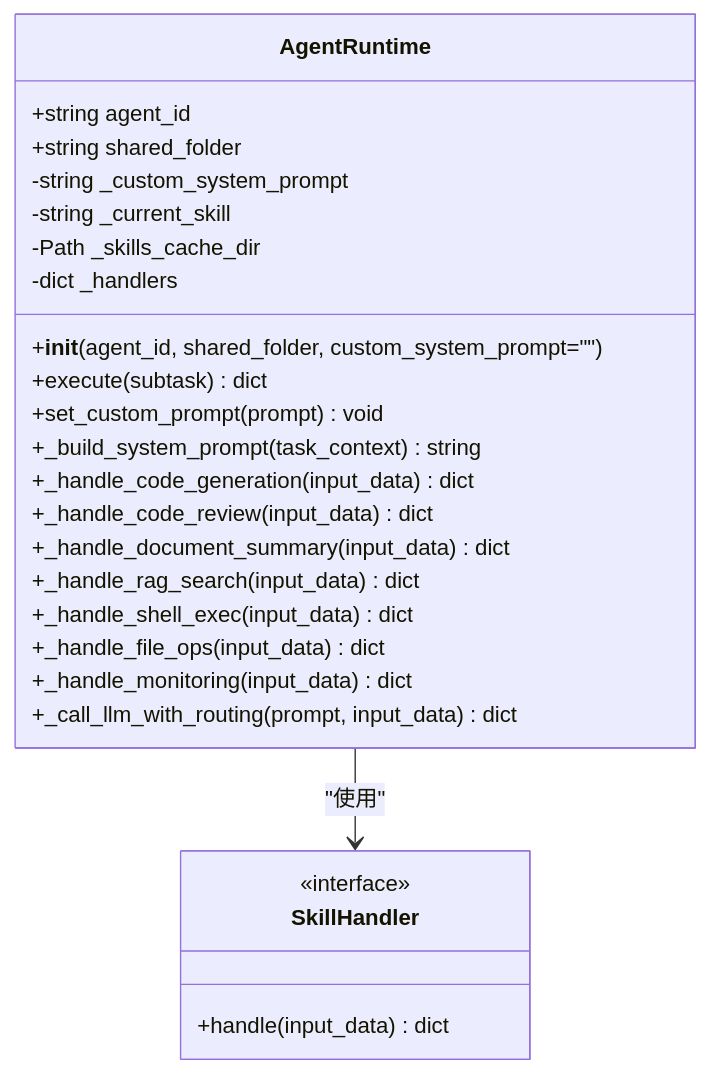
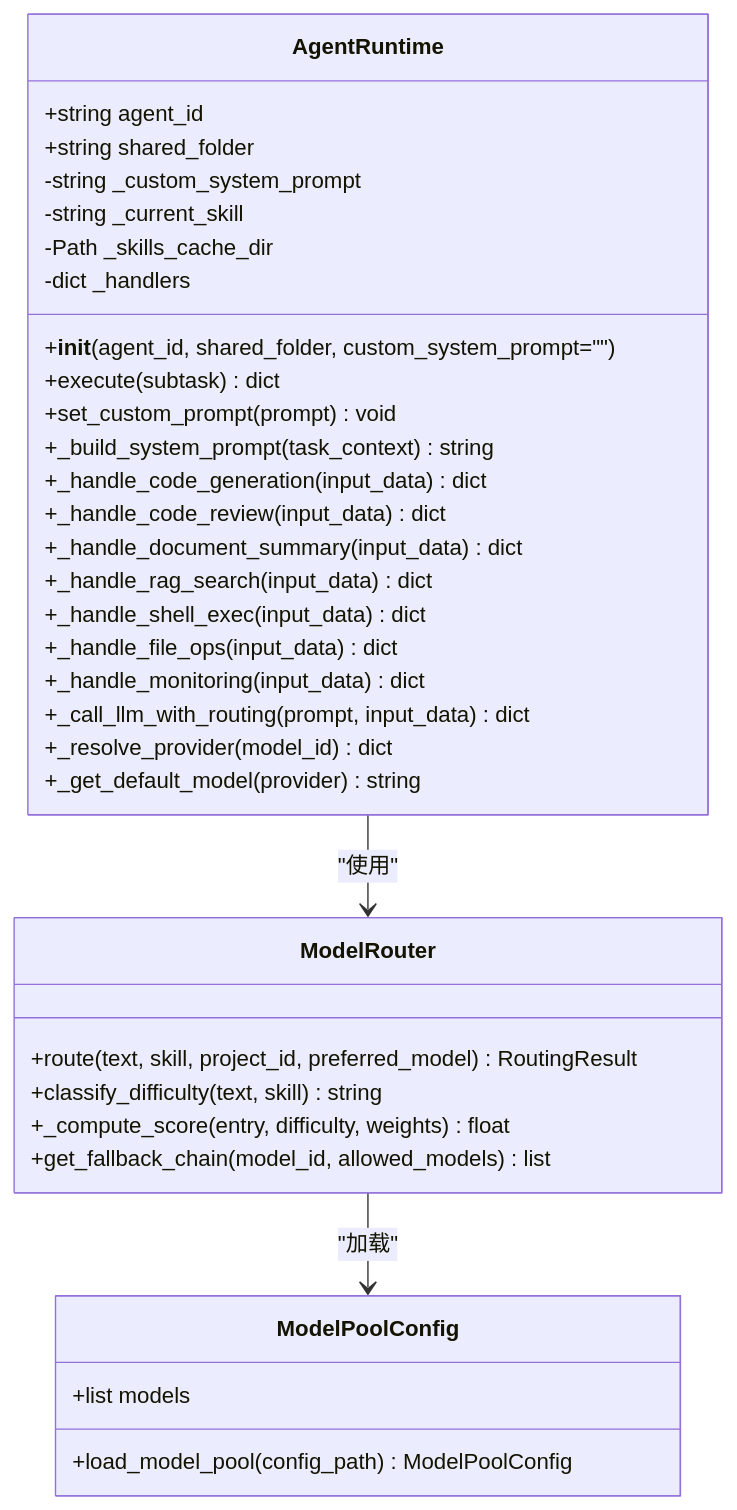
Before and after one commit to targalian/Personal-distributed-workstation: the third of 17 diagrams in .qoder/repowiki/zh/content/架构设计/Worker 代理/Agent 能力声明系统/Agent 运行时管理.md, drawn with Mermaid. The commit also changed other lines of this file and 64 other files, not shown here.

````diff
--- a/.qoder/repowiki/zh/content/架构设计/Worker 代理/Agent 能力声明系统/Agent 运行时管理.md
+++ b/.qoder/repowiki/zh/content/架构设计/Worker 代理/Agent 能力声明系统/Agent 运行时管理.md
@@ -182,28 +201,37 @@
 ```mermaid
 classDiagram
 class AgentRuntime {
 +string agent_id
 +string shared_folder
 -string _custom_system_prompt
 -string _current_skill
 -Path _skills_cache_dir
 -dict _handlers
 +__init__(agent_id, shared_folder, custom_system_prompt="")
 +execute(subtask) dict
 +set_custom_prompt(prompt) void
 +_build_system_prompt(task_context) string
 +_handle_code_generation(input_data) dict
 +_handle_code_review(input_data) dict
 +_handle_document_summary(input_data) dict
 +_handle_rag_search(input_data) dict
 +_handle_shell_exec(input_data) dict
 +_handle_file_ops(input_data) dict
 +_handle_monitoring(input_data) dict
 +_call_llm_with_routing(prompt, input_data) dict
++_resolve_provider(model_id) dict
++_get_default_model(provider) string
 }
-class SkillHandler {
-<<interface>>
-+handle(input_data) dict
+class ModelRouter {
++route(text, skill, project_id, preferred_model) RoutingResult
++classify_difficulty(text, skill) string
++_compute_score(entry, difficulty, weights) float
++get_fallback_chain(model_id, allowed_models) list
 }
-AgentRuntime --> SkillHandler : "使用"
+class ModelPoolConfig {
++list models
++load_model_pool(config_path) ModelPoolConfig
+}
+AgentRuntime --> ModelRouter : "使用"
+ModelRouter --> ModelPoolConfig : "加载"
 ```
````
